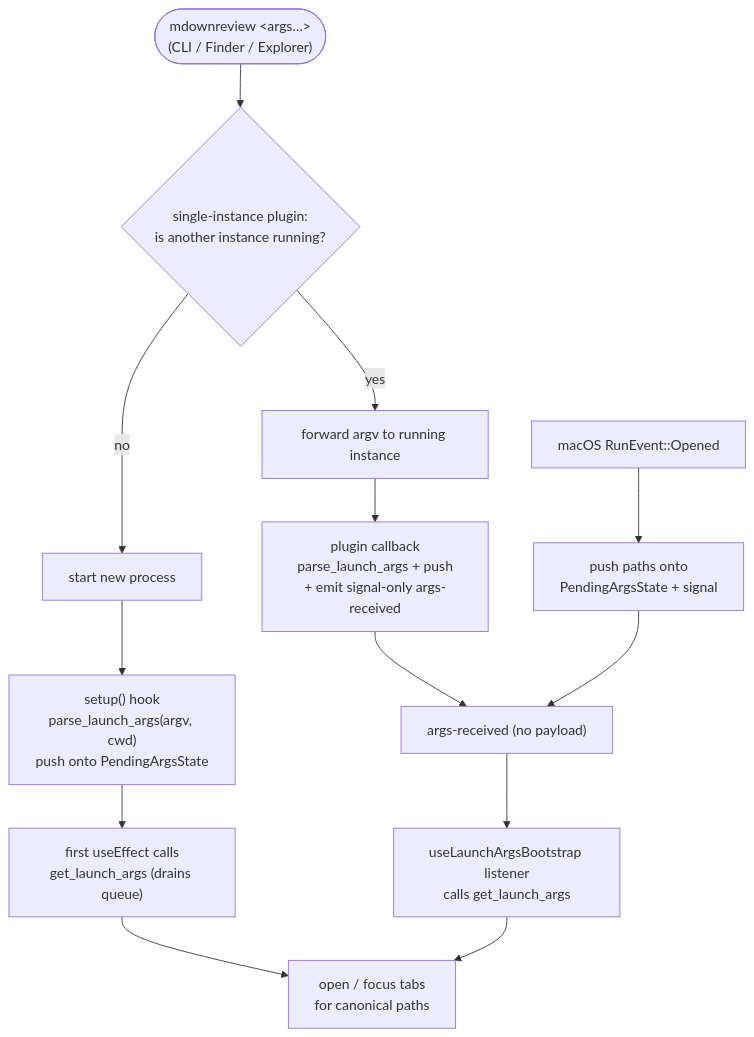
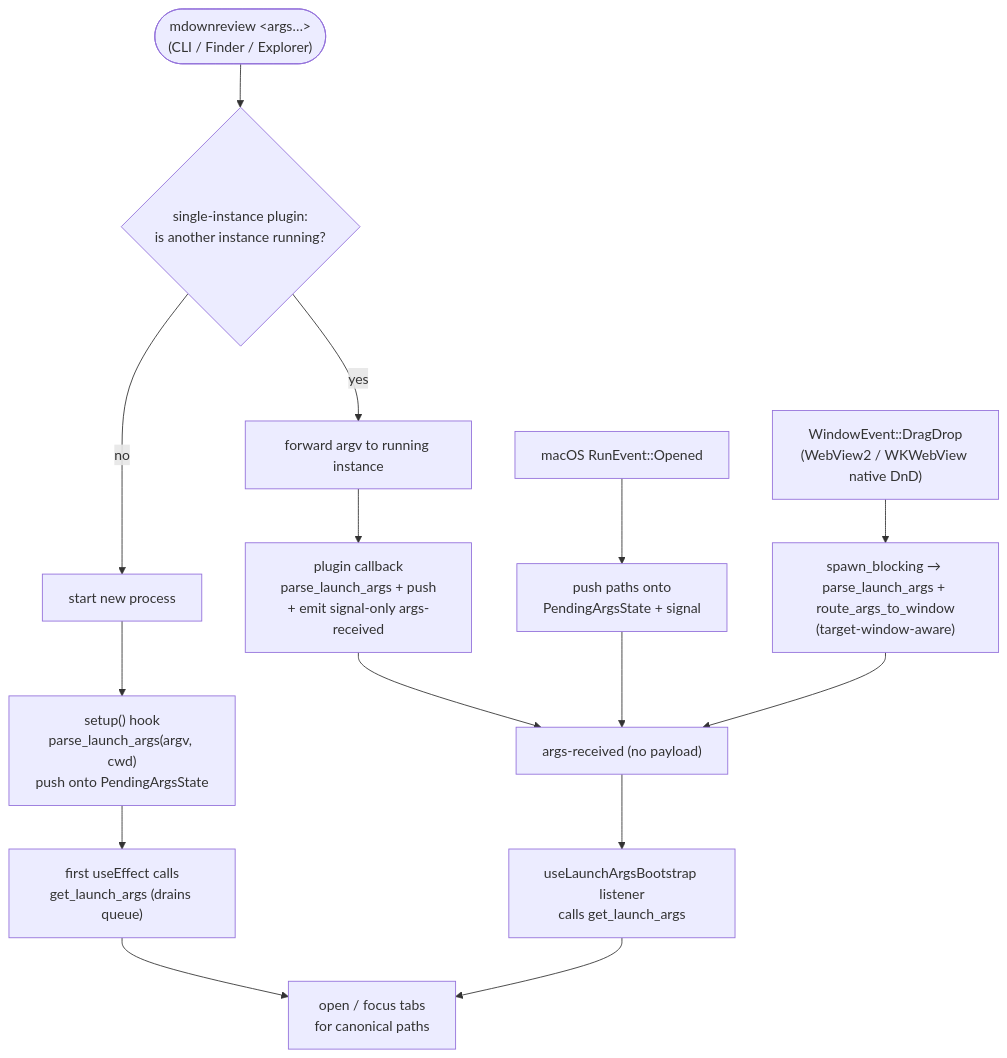
Before and after one commit to dryotta/mDown-reView: the diagram in docs/features/cli-and-associations.md, drawn with Mermaid. The commit also changed other lines of this file and 41 other files, not shown here.

First line of the commit message:
feat: drag-and-drop file/folder support

````diff
--- a/docs/features/cli-and-associations.md
+++ b/docs/features/cli-and-associations.md
@@ -36,15 +54,17 @@
 ```mermaid
 flowchart TD
     Launch(["mdownreview &lt;args…&gt;<br/>(CLI / Finder / Explorer)"]) --> SI{"single-instance plugin:<br/>is another instance running?"}
     SI -- "no" --> Spawn["start new process"]
     SI -- "yes" --> Forward["forward argv to running instance"]
     Spawn --> Init["setup() hook<br/>parse_launch_args(argv, cwd)<br/>push onto PendingArgsState"]
     Forward --> Push2["plugin callback<br/>parse_launch_args + push<br/>+ emit signal-only args-received"]
     Push2 --> ArgsEvt["args-received (no payload)"]
     Mac["macOS RunEvent::Opened"] --> Push3["push paths onto<br/>PendingArgsState + signal"]
     Push3 --> ArgsEvt
+    Drop["WindowEvent::DragDrop<br/>(WebView2 / WKWebView native DnD)"] --> Push4["spawn_blocking → parse_launch_args + route_args_to_window<br/>(target-window-aware)"]
+    Push4 --> ArgsEvt
     Init --> First["first useEffect calls<br/>get_launch_args (drains queue)"]
     ArgsEvt --> Listener["useLaunchArgsBootstrap listener<br/>calls get_launch_args"]
     First --> Open["open / focus tabs<br/>for canonical paths"]
     Listener --> Open
 ```
````
